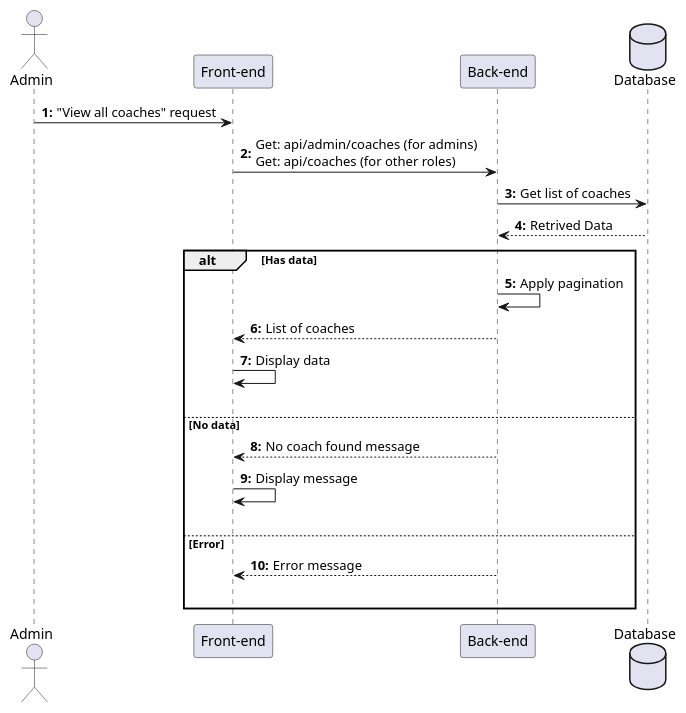
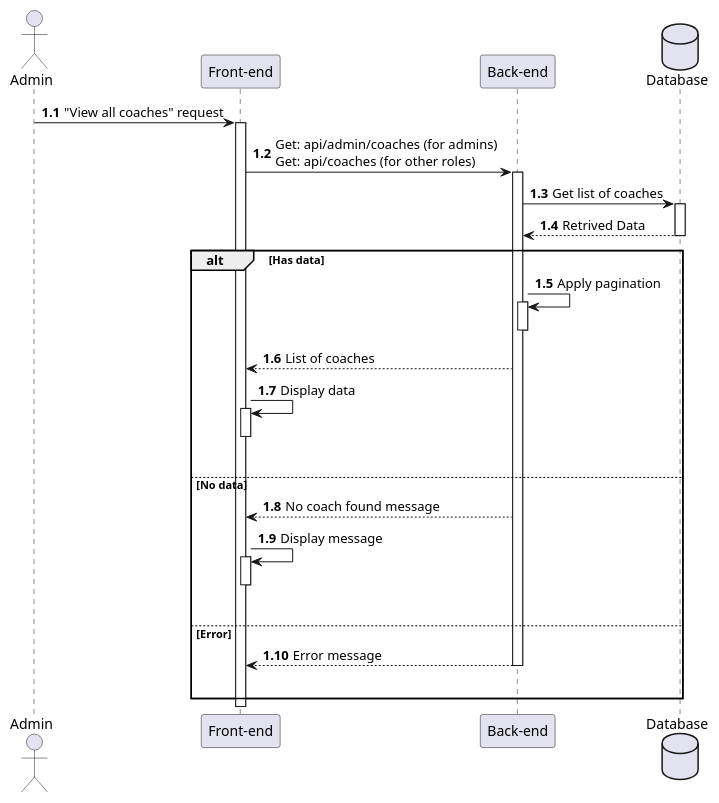
One commit to HTPhong-276/iCoaching-Diagrams changed the diagram in Sequences_diagrams/ViewCoaches.pu. Above: the diagram before and after it, drawn with PlantUML. The commit also changed 49 other files, not shown here.

```diff
--- a/Sequences_diagrams/ViewCoaches.pu
+++ b/Sequences_diagrams/ViewCoaches.pu
@@ -1,31 +1,36 @@
 @startuml ViewAllCoaches
 
 actor Admin as user
 participant "Front-end" as client
 participant "Back-end" as server 
 database "Database" as db
 
-autonumber "<b>0:"
+autonumber 1.1 "<b>0:"
 
-user -> client : "View all coaches" request
-client -> server : Get: api/admin/coaches (for admins) \nGet: api/coaches (for other roles)
-server -> db : Get list of coaches
+user -> client++ : "View all coaches" request
+client -> server++ : Get: api/admin/coaches (for admins) \nGet: api/coaches (for other roles)
+server -> db++ : Get list of coaches
 db --> server : Retrived Data
+deactivate
 
 alt Has data
-    server -> server : Apply pagination
+    server -> server++ : Apply pagination
+    deactivate
     server --> client : List of coaches
-    client -> client : Display data
+    client -> client++ : Display data
+    deactivate
     |||
 
 else No data
     server --> client : No coach found message
-    client -> client : Display message 
+    client -> client++ : Display message
+    deactivate 
     |||
 
 else Error
     server --> client : Error message
+    deactivate
     |||
 end 
 
 @enduml
```
